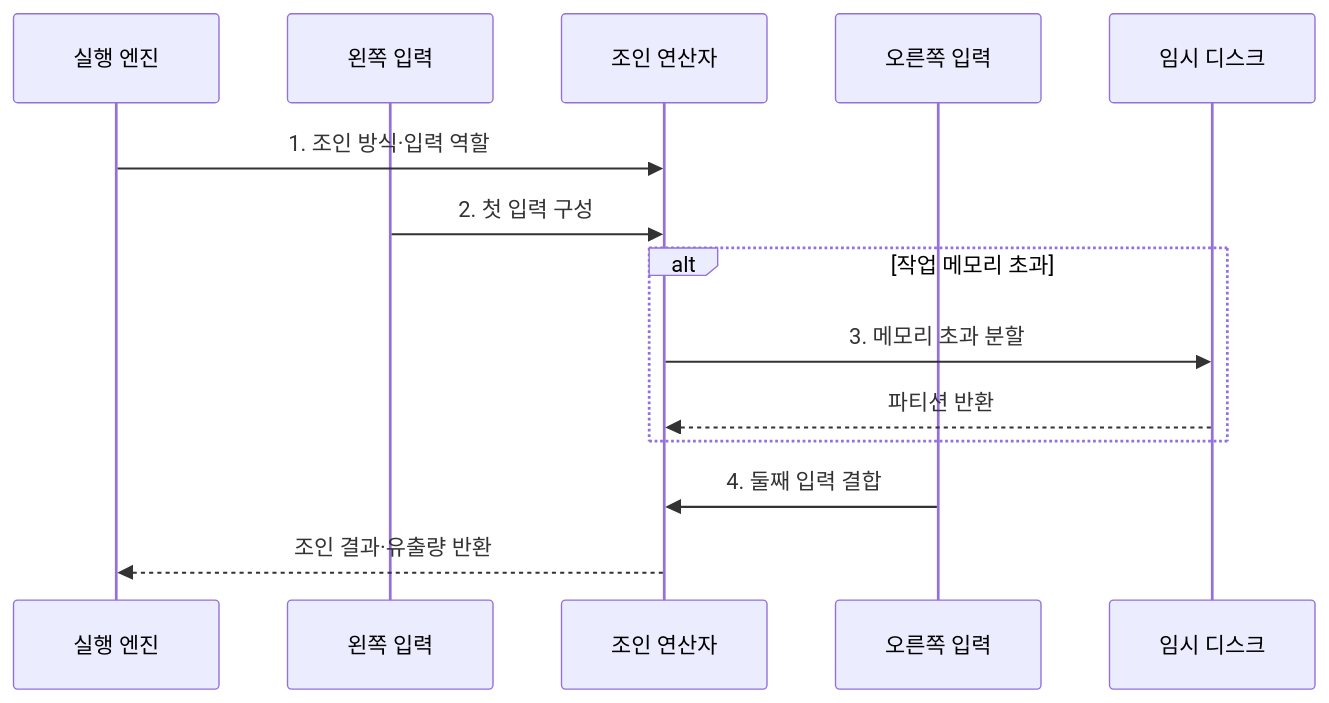
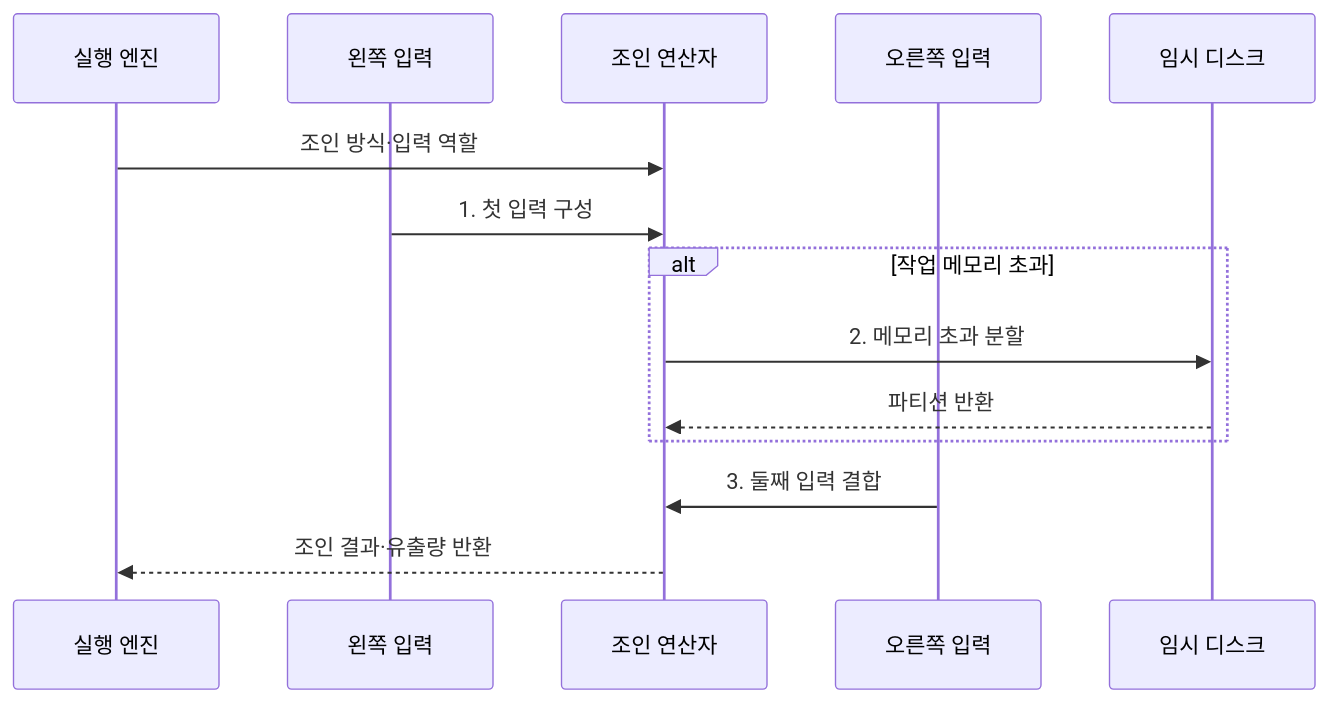
Before and after one commit to agnusdei1207/knowledge-base: the second of 2 diagrams in src/content/docs/notes/03-software/096_join_algorithms.md, drawn with Mermaid. The commit also changed other lines of this file and 12 other files, not shown here.

````diff
--- a/src/content/docs/notes/03-software/096_join_algorithms.md
+++ b/src/content/docs/notes/03-software/096_join_algorithms.md
@@ -89,16 +89,16 @@
 ```mermaid
 sequenceDiagram
     participant Q as 실행 엔진
     participant L as 왼쪽 입력
     participant J as 조인 연산자
     participant R as 오른쪽 입력
     participant T as 임시 디스크
-    Q->>J: 1. 조인 방식·입력 역할
-    L->>J: 2. 첫 입력 구성
+    Q->>J: 조인 방식·입력 역할
+    L->>J: 1. 첫 입력 구성
     alt 작업 메모리 초과
-        J->>T: 3. 메모리 초과 분할
+        J->>T: 2. 메모리 초과 분할
         T-->>J: 파티션 반환
     end
-    R->>J: 4. 둘째 입력 결합
+    R->>J: 3. 둘째 입력 결합
     J-->>Q: 조인 결과·유출량 반환
 ```
````
